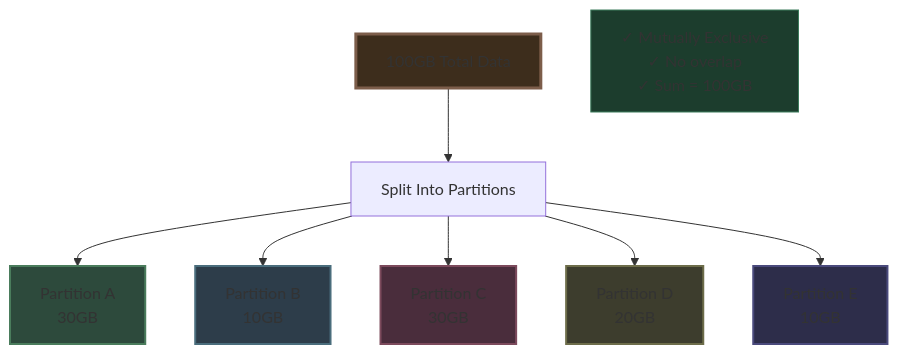
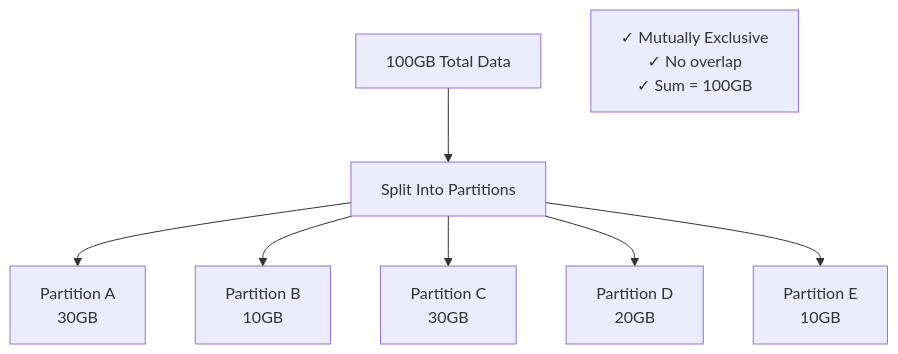
Before and after one commit to Yash-Kavaiya/The-System-Design-Masterclass: the tenth of 21 diagrams in system design beginner/8. Sharding and Partitioning.md, drawn with Mermaid. The commit also changed other lines of this file, not shown here.

````diff
--- a/system design beginner/8. Sharding and Partitioning.md
+++ b/system design beginner/8. Sharding and Partitioning.md
@@ -233,22 +204,15 @@
 ```mermaid
 graph TB
     TOTAL[100GB Total Data]
     
     TOTAL --> SPLIT[Split Into Partitions]
     
     SPLIT --> PA[Partition A<br/>30GB]
     SPLIT --> PB[Partition B<br/>10GB]
     SPLIT --> PC[Partition C<br/>30GB]
     SPLIT --> PD[Partition D<br/>20GB]
     SPLIT --> PE[Partition E<br/>10GB]
     
     NOTE[✓ Mutually Exclusive<br/>✓ No overlap<br/>✓ Sum = 100GB]
     
-    style TOTAL fill:#3d2d1c,stroke:#7c5d4a,stroke-width:3px
-    style PA fill:#2d4a3c,stroke:#4a7c5c,stroke-width:2px
-    style PB fill:#2d3d4a,stroke:#4a6d7c,stroke-width:2px
-    style PC fill:#4a2d3c,stroke:#7c4a5c,stroke-width:2px
-    style PD fill:#3d3d2d,stroke:#6d6d4a,stroke-width:2px
-    style PE fill:#2d2d4a,stroke:#4a4a7c,stroke-width:2px
-    style NOTE fill:#1c3d2d,stroke:#3c7c5c
 ```
````
